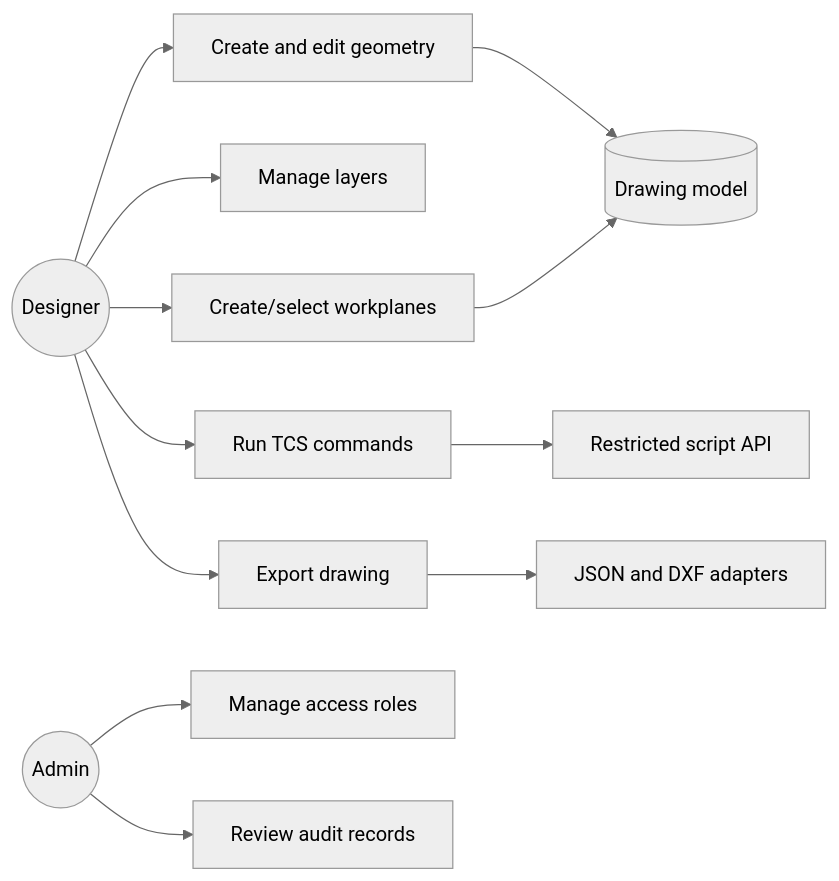
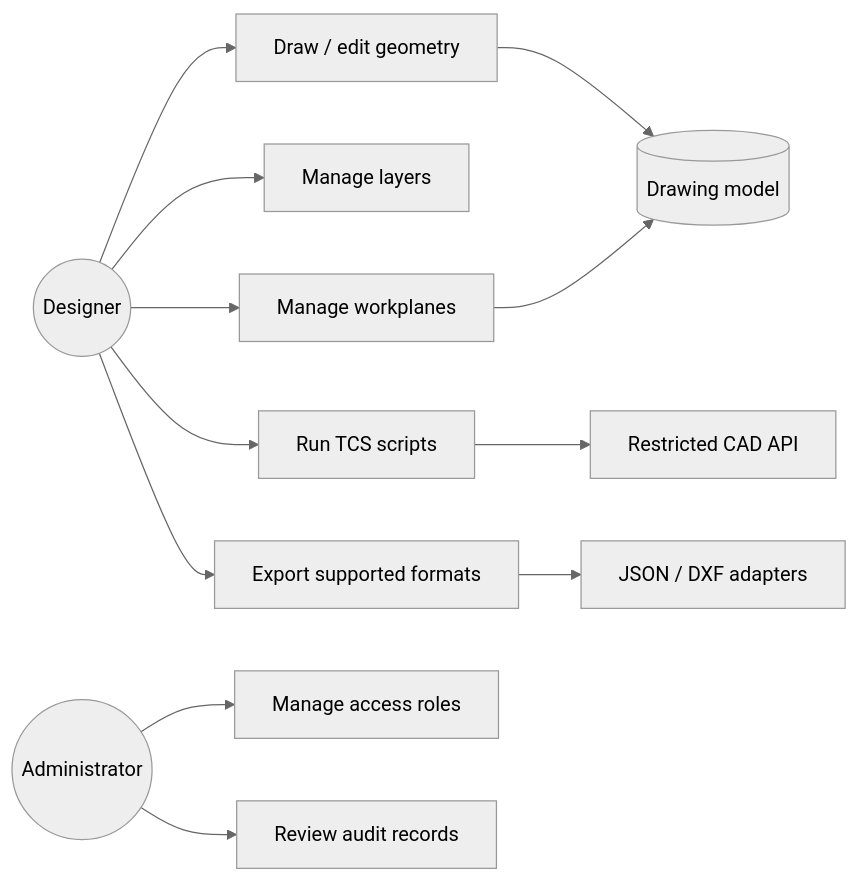
The diagram in uml/use-cases.mmd (ArkansasIo/AutoCAD-typescript-), drawn with Mermaid (neutral theme) before and after one commit.

```diff
--- a/uml/use-cases.mmd
+++ b/uml/use-cases.mmd
@@ -1,12 +1,12 @@
 flowchart LR
- DESIGNER((Designer)) --> DRAW[Create and edit geometry]
- DESIGNER --> LAYER[Manage layers]
- DESIGNER --> PLANE[Create/select workplanes]
- DESIGNER --> SCRIPT[Run TCS commands]
- DESIGNER --> EXPORT[Export drawing]
- ADMIN((Admin)) --> ROLES[Manage access roles]
- ADMIN --> AUDIT[Review audit records]
- DRAW --> MODEL[(Drawing model)]
- PLANE --> MODEL
- SCRIPT --> SAFE[Restricted script API]
- EXPORT --> FORMAT[JSON and DXF adapters]
+ Designer((Designer)) --> Draw[Draw / edit geometry]
+ Designer --> Layers[Manage layers]
+ Designer --> Planes[Manage workplanes]
+ Designer --> Script[Run TCS scripts]
+ Designer --> Export[Export supported formats]
+ Admin((Administrator)) --> Roles[Manage access roles]
+ Admin --> Audit[Review audit records]
+ Draw --> Model[(Drawing model)]
+ Planes --> Model
+ Script --> Sandbox[Restricted CAD API]
+ Export --> Formats[JSON / DXF adapters]
```
